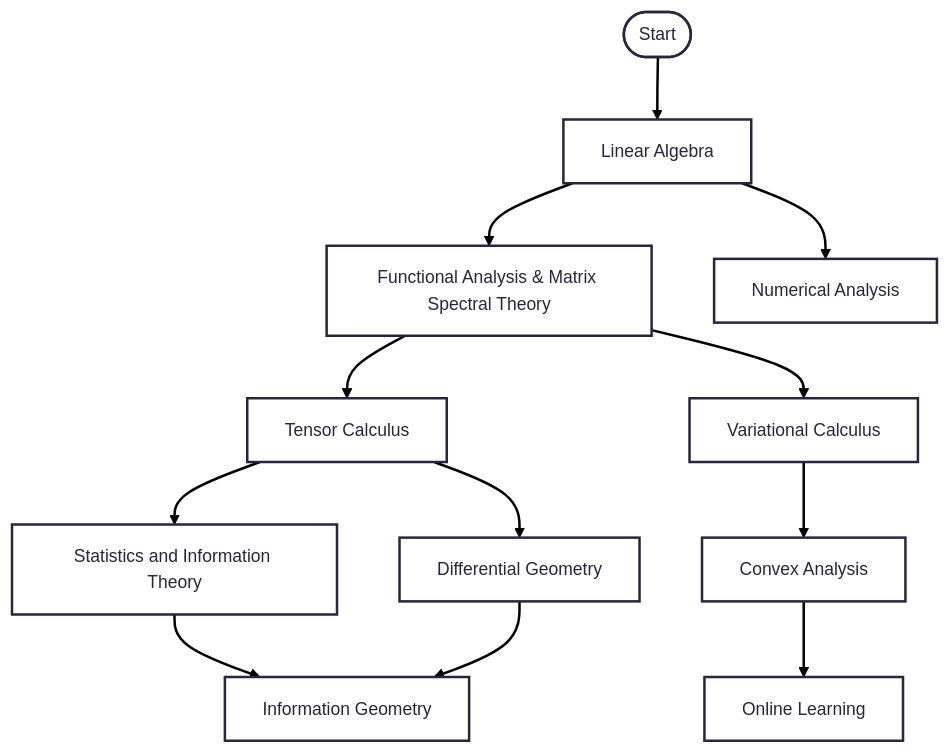
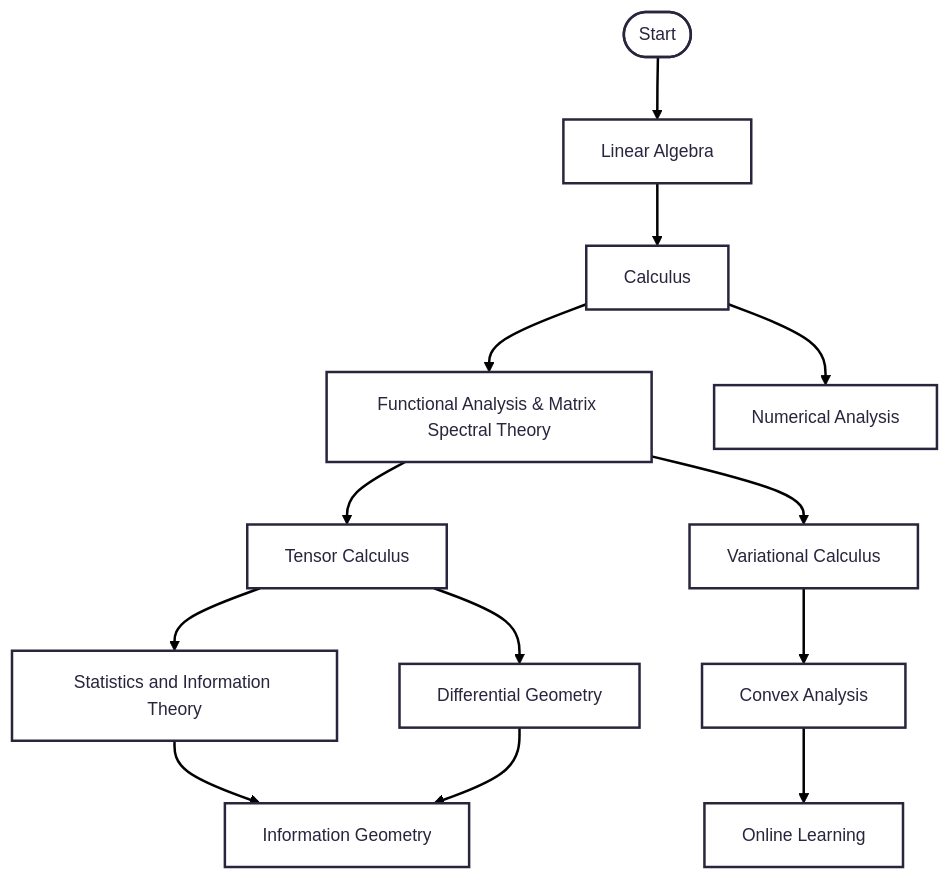
Before and after one commit to JiHa-Kim/jiha-kim.github.io: the diagram in collections/_series/optimization-theory-for-machine-learning/0-preface.md, drawn with Mermaid. The commit also changed other lines of this file and 7 other files, not shown here.

````diff
--- a/collections/_series/optimization-theory-for-machine-learning/0-preface.md
+++ b/collections/_series/optimization-theory-for-machine-learning/0-preface.md
@@ -197,22 +197,24 @@
 ```mermaid
 ---
 config:
   theme: redux
 ---
 flowchart TD
     A(["Start"]) --> LA["Linear Algebra"]
 
-    LA --> EFA["Functional Analysis & Matrix Spectral Theory"]
-    LA --> NA["Numerical Analysis"]
+    LA --> CAL["Calculus"]
+
+    CAL --> EFA["Functional Analysis & Matrix Spectral Theory"]
+    CAL --> NA["Numerical Analysis"]
 
     EFA --> TC["Tensor Calculus"]
     EFA --> VC["Variational Calculus"]
 
     TC --> DG["Differential Geometry"]
     TC --> SIT["Statistics and Information Theory"]
     VC --> CA["Convex Analysis"]
 
     SIT --> IG["Information Geometry"]
     DG --> IG
     CA --> OL["Online Learning"]
 ```
````
